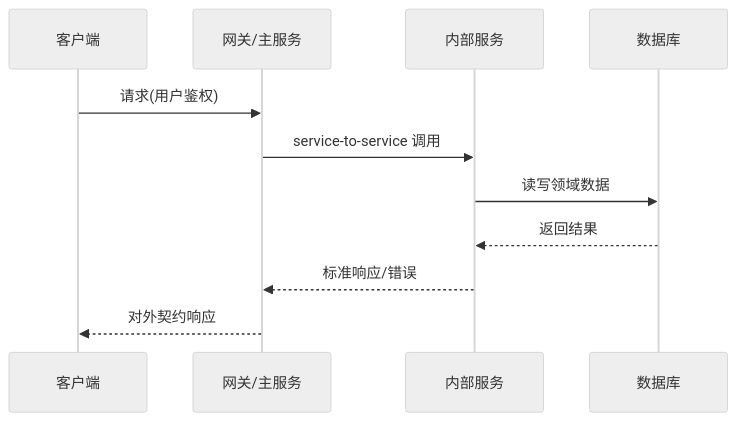
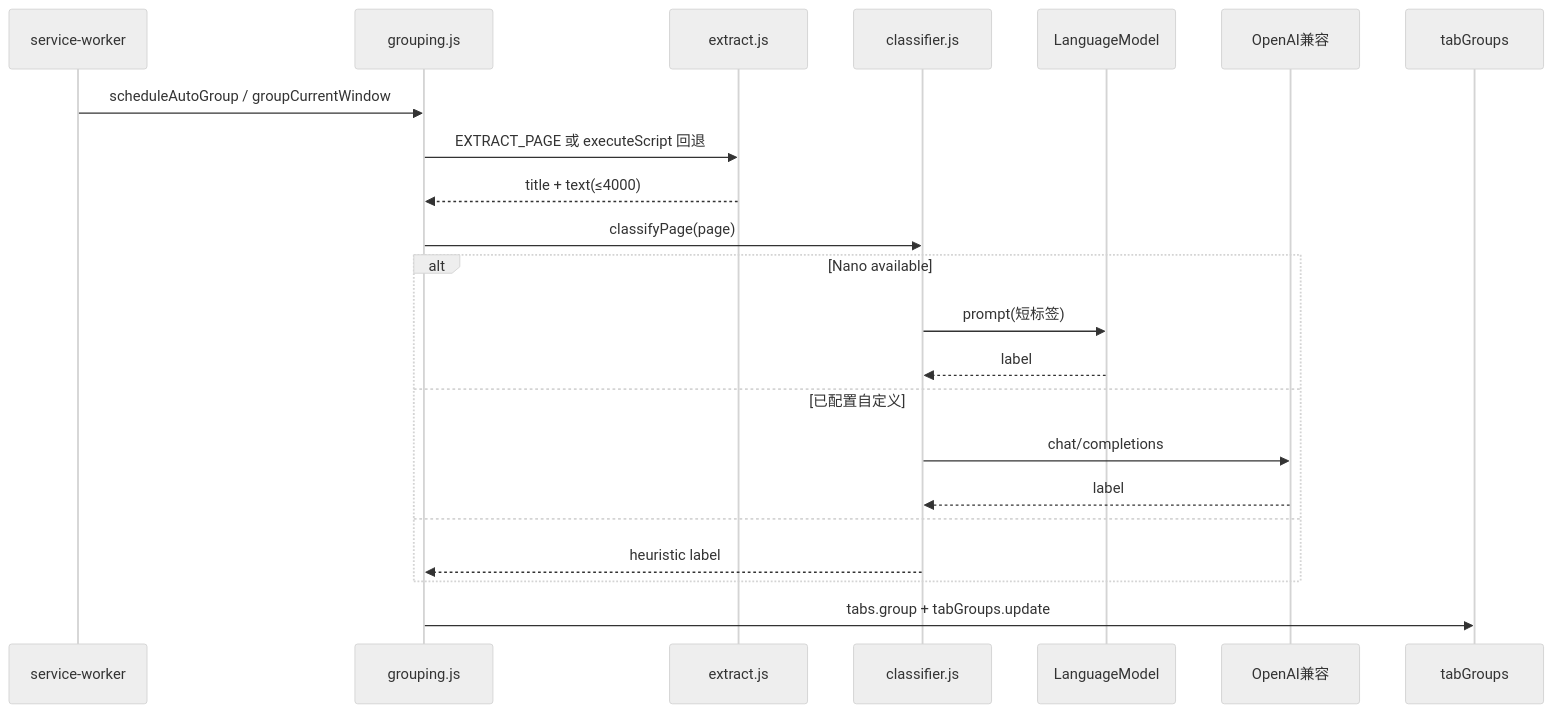
Before and after one commit to BiuBiuHu/smart-tab-pilot: the third of 3 diagrams in docs/smart-tab-pilot-mvp/03-architecture/architecture.md, drawn with Mermaid (neutral theme). The commit also changed other lines of this file and 11 other files, not shown here.

````diff
--- a/docs/smart-tab-pilot-mvp/03-architecture/architecture.md
+++ b/docs/smart-tab-pilot-mvp/03-architecture/architecture.md
@@ -44,13 +99,25 @@
 ```mermaid
 sequenceDiagram
-  participant Client as 客户端
-  participant Core as 网关/主服务
-  participant Service as 内部服务
-  participant DB as 数据库
-  Client->>Core: 请求(用户鉴权)
-  Core->>Service: service-to-service 调用
-  Service->>DB: 读写领域数据
-  DB-->>Service: 返回结果
-  Service-->>Core: 标准响应/错误
-  Core-->>Client: 对外契约响应
+  participant SW as service-worker
+  participant Group as grouping.js
+  participant CS as extract.js
+  participant Cls as classifier.js
+  participant Nano as LanguageModel
+  participant API as OpenAI兼容
+  participant TG as tabGroups
+
+  SW->>Group: scheduleAutoGroup / groupCurrentWindow
+  Group->>CS: EXTRACT_PAGE 或 executeScript 回退
+  CS-->>Group: title + text(≤4000)
+  Group->>Cls: classifyPage(page)
+  alt Nano available
+    Cls->>Nano: prompt(短标签)
+    Nano-->>Cls: label
+  else 已配置自定义
+    Cls->>API: chat/completions
+    API-->>Cls: label
+  else
+    Cls-->>Group: heuristic label
+  end
+  Group->>TG: tabs.group + tabGroups.update
 ```
````
